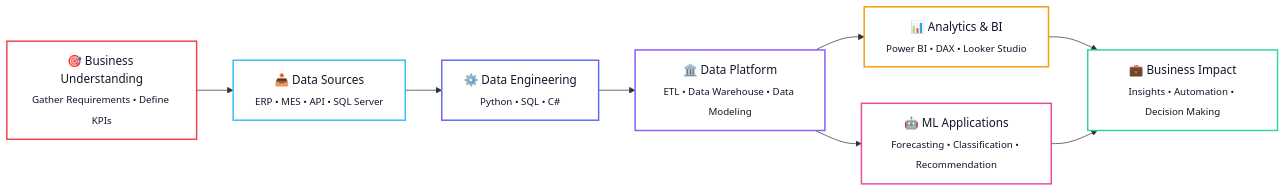
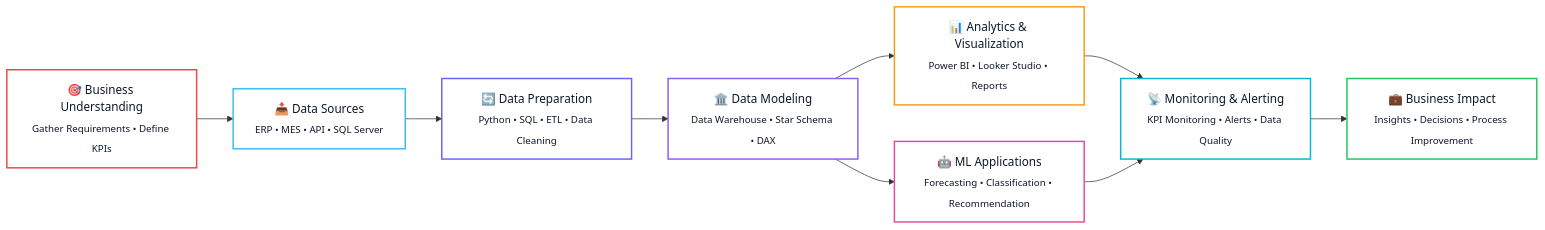
Before and after one commit to thanhvinh04/thanhvinh04: the diagram in README.md, drawn with Mermaid.

````diff
--- a/README.md
+++ b/README.md
@@ -51,33 +51,37 @@
 ```mermaid
 flowchart LR
 
     REQ["🎯 Business Understanding<br/><sub>Gather Requirements • Define KPIs</sub>"]
 
     SRC["📥 Data Sources<br/><sub>ERP • MES • API • SQL Server</sub>"]
 
-    ENG["⚙️ Data Engineering<br/><sub>Python • SQL • C#</sub>"]
+    PREP["🔄 Data Preparation<br/><sub>Python • SQL • ETL • Data Cleaning</sub>"]
 
-    DWH["🏛️ Data Platform<br/><sub>ETL • Data Warehouse • Data Modeling</sub>"]
+    MODEL["🏛️ Data Modeling<br/><sub>Data Warehouse • Star Schema • DAX</sub>"]
 
-    BI["📊 Analytics & BI<br/><sub>Power BI • DAX • Looker Studio</sub>"]
+    BI["📊 Analytics & Visualization<br/><sub>Power BI • Looker Studio • Reports</sub>"]
 
     ML["🤖 ML Applications<br/><sub>Forecasting • Classification • Recommendation</sub>"]
 
-    VAL["💼 Business Impact<br/><sub>Insights • Automation • Decision Making</sub>"]
+    OPS["📡 Monitoring & Alerting<br/><sub>KPI Monitoring • Alerts • Data Quality</sub>"]
+
+    IMP["💼 Business Impact<br/><sub>Insights • Decisions • Process Improvement</sub>"]
 
     REQ --> SRC
-    SRC --> ENG
-    ENG --> DWH
-    DWH --> BI
-    DWH --> ML
-    BI --> VAL
-    ML --> VAL
+    SRC --> PREP
+    PREP --> MODEL
+    MODEL --> BI
+    MODEL --> ML
+    BI --> OPS
+    ML --> OPS
+    OPS --> IMP
 
     style REQ fill:#ffffff,stroke:#ef4444,stroke-width:2px,color:#0f172a
     style SRC fill:#ffffff,stroke:#38bdf8,stroke-width:2px,color:#0f172a
-    style ENG fill:#ffffff,stroke:#6366f1,stroke-width:2px,color:#0f172a
-    style DWH fill:#ffffff,stroke:#8b5cf6,stroke-width:2px,color:#0f172a
+    style PREP fill:#ffffff,stroke:#6366f1,stroke-width:2px,color:#0f172a
+    style MODEL fill:#ffffff,stroke:#8b5cf6,stroke-width:2px,color:#0f172a
     style BI fill:#ffffff,stroke:#f59e0b,stroke-width:2px,color:#0f172a
     style ML fill:#ffffff,stroke:#ec4899,stroke-width:2px,color:#0f172a
-    style VAL fill:#ffffff,stroke:#34d399,stroke-width:2px,color:#0f172a
+    style OPS fill:#ffffff,stroke:#06b6d4,stroke-width:2px,color:#0f172a
+    style IMP fill:#ffffff,stroke:#22c55e,stroke-width:2px,color:#0f172a
 ```
````
